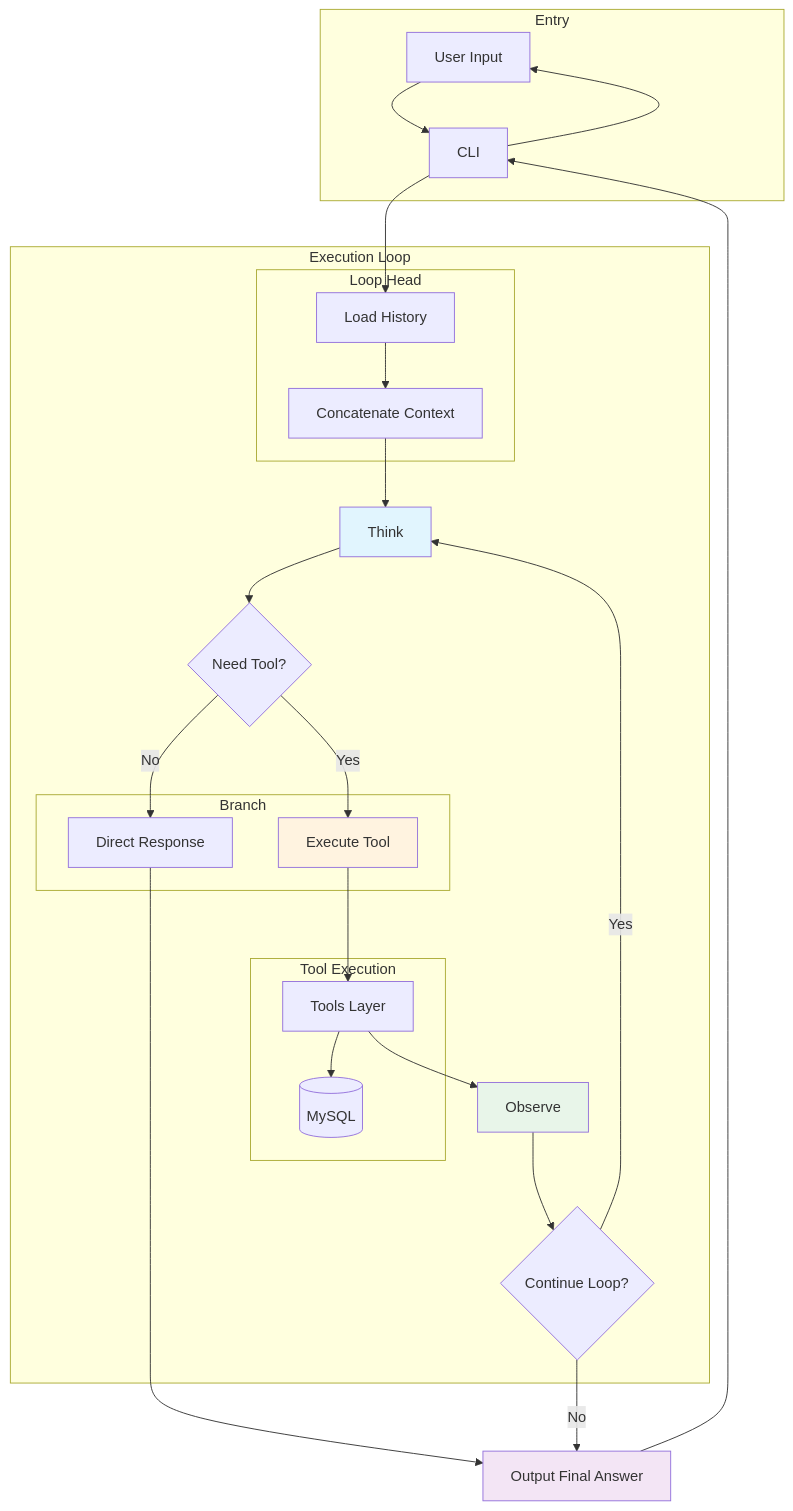
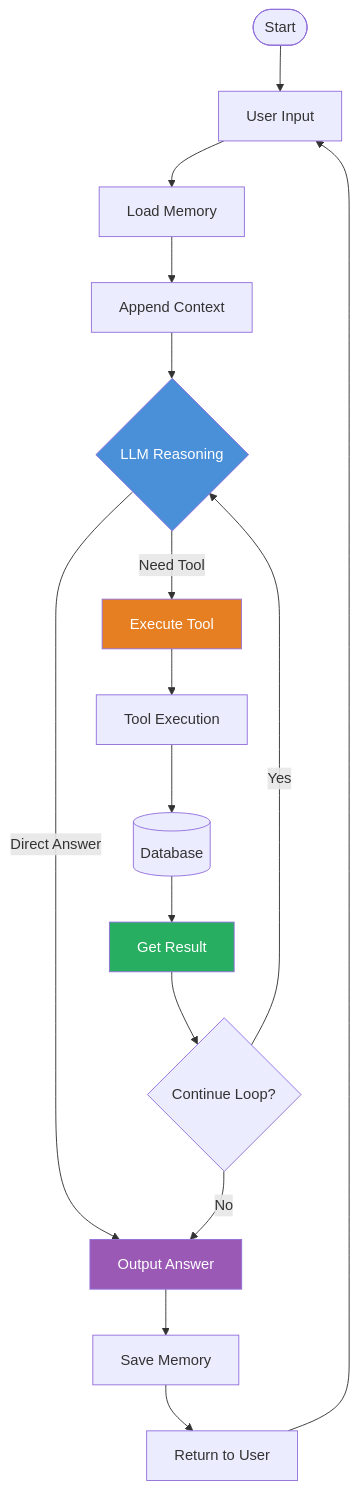
The second of 3 diagrams in README.en.md (chain-engine/x-langchain), drawn with Mermaid before and after one commit. The commit also changed other lines of this file and 12 other files, not shown here.

````diff
--- a/README.en.md
+++ b/README.en.md
@@ -237,58 +264,28 @@
 ```mermaid
 flowchart TD
-    subgraph Entry
-        U[User Input]
-        CLI[CLI]
-    end
+    Start([Start]) --> Input[User Input]
+    Input --> LoadMem[Load Memory]
+    LoadMem --> AppendCtx[Append Context]
 
-    subgraph Execution Loop
-        subgraph Loop Head
-            MM[Load History]
-            M1[Concatenate Context]
-        end
+    AppendCtx --> Think{LLM Reasoning}
+    Think -->|Need Tool| Act[Execute Tool]
+    Think -->|Direct Answer| FinalAnswer[Output Answer]
 
-        M2[Think]
-        M3{Need Tool?}
+    Act --> ToolExecute[Tool Execution]
+    ToolExecute --> DB[(Database)]
 
-        subgraph Branch
-            M4[Direct Response]
-            M5[Execute Tool]
-        end
+    DB --> Observe[Get Result]
+    Observe --> Continue{Continue Loop?}
 
-        M6[Observe]
-        M7{Continue Loop?}
+    Continue -->|Yes| Think
+    Continue -->|No| FinalAnswer
 
-        subgraph Tool Execution
-            T[Tools Layer]
-            DB[(MySQL)]
-            T --> DB
-        end
-    end
+    FinalAnswer --> SaveMem[Save Memory]
+    SaveMem --> Output[Return to User]
+    Output --> Input
 
-    M8[Output Final Answer]
-
-    U --> CLI
-    CLI --> MM
-    MM --> M1
-    M1 --> M2
-    M2 --> M3
-
-    M3 -->|No| M4
-    M4 --> M8
-
-    M3 -->|Yes| M5
-    M5 --> T
-    T --> M6
-    M6 --> M7
-
-    M7 -->|Yes| M2
-    M7 -->|No| M8
-
-    M8 --> CLI
-    CLI --> U
-
-    style M2 fill:#e1f5fe
-    style M5 fill:#fff3e0
-    style M6 fill:#e8f5e9
-    style M8 fill:#f3e5f5
+    style Think fill:#4A90D9,color:#fff
+    style Act fill:#E67E22,color:#fff
+    style Observe fill:#27AE60,color:#fff
+    style FinalAnswer fill:#9B59B6,color:#fff
 ```
````
